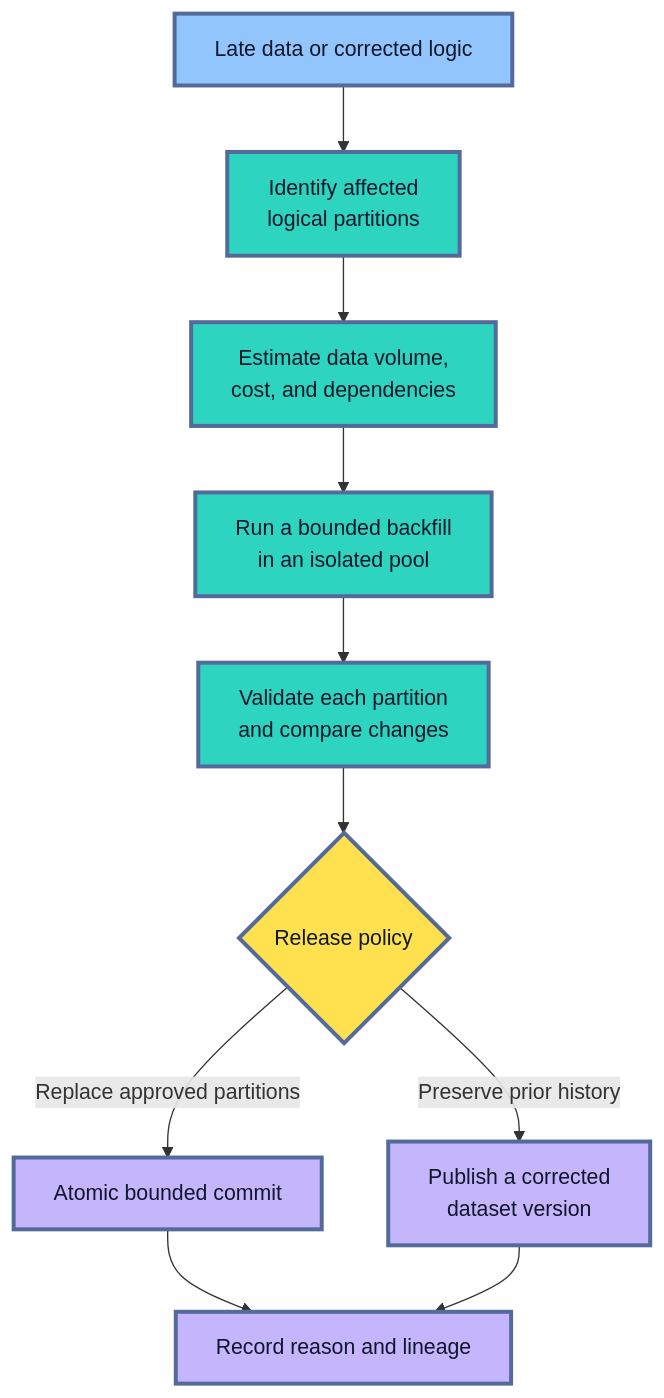
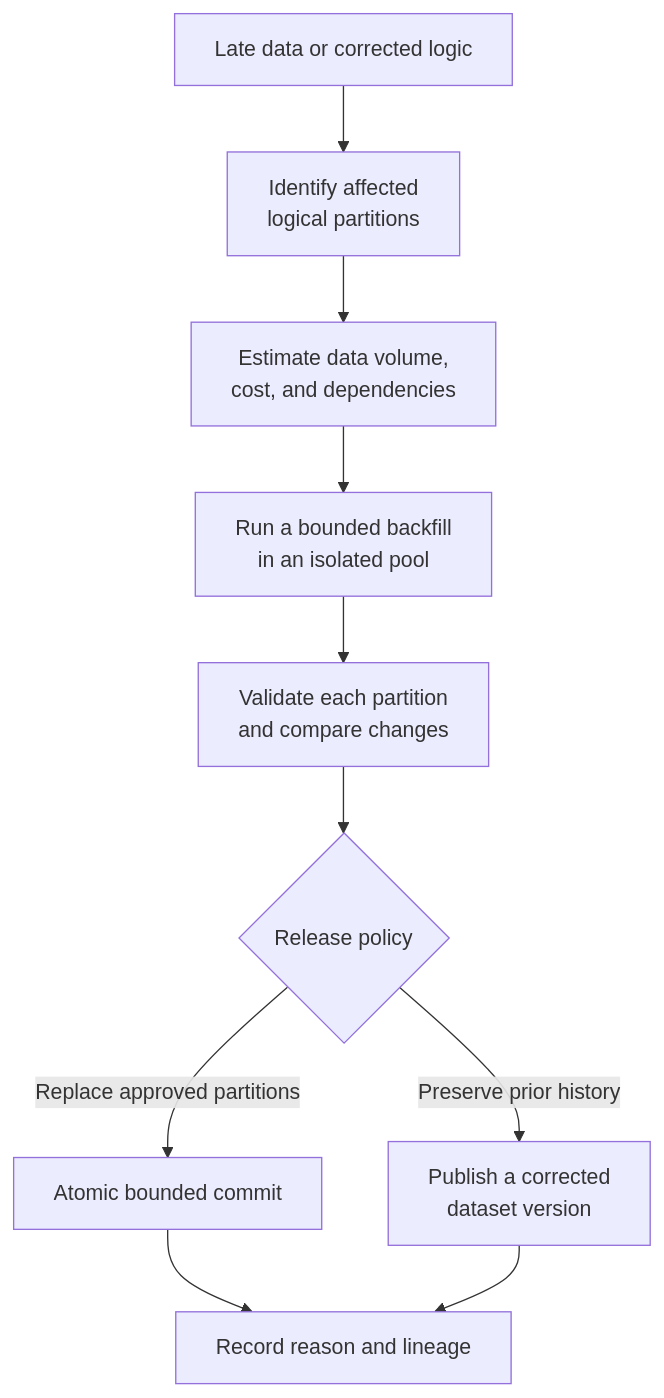
Before and after one commit to senlinyy/dev-roadmaps: the seventh of 9 diagrams in roadmaps/mlops/modules/data-for-ml-systems/data-pipelines/01-repeatable-data-pipelines.md, drawn with Mermaid. The commit also changed other lines of this file and 152 other files, not shown here.

Commit message:
feat: mlops and diagrams updated

````diff
--- a/roadmaps/mlops/modules/data-for-ml-systems/data-pipelines/01-repeatable-data-pipelines.md
+++ b/roadmaps/mlops/modules/data-for-ml-systems/data-pipelines/01-repeatable-data-pipelines.md
@@ -451,21 +434,17 @@
 ```mermaid
 flowchart TD
     A["Late data or corrected logic"] --> B["Identify affected<br/>logical partitions"]
     B --> C["Estimate data volume,<br/>cost, and dependencies"]
     C --> D["Run a bounded backfill<br/>in an isolated pool"]
     D --> E["Validate each partition<br/>and compare changes"]
     E --> F{"Release policy"}
     F -->|"Replace approved partitions"| G["Atomic bounded commit"]
     F -->|"Preserve prior history"| H["Publish a corrected<br/>dataset version"]
     G --> I["Record reason and lineage"]
     H --> I
 
-    classDef cause fill:#93C5FD,stroke:#536A9A,stroke-width:3px,color:#0F172A
-    classDef plan fill:#2DD4BF,stroke:#536A9A,stroke-width:3px,color:#0F172A
-    classDef gate fill:#FFE04F,stroke:#536A9A,stroke-width:3px,color:#111827
-    classDef release fill:#C4B5FD,stroke:#536A9A,stroke-width:3px,color:#0F172A
     class A cause
     class B,C,D,E plan
     class F gate
     class G,H,I release
 ```
````
